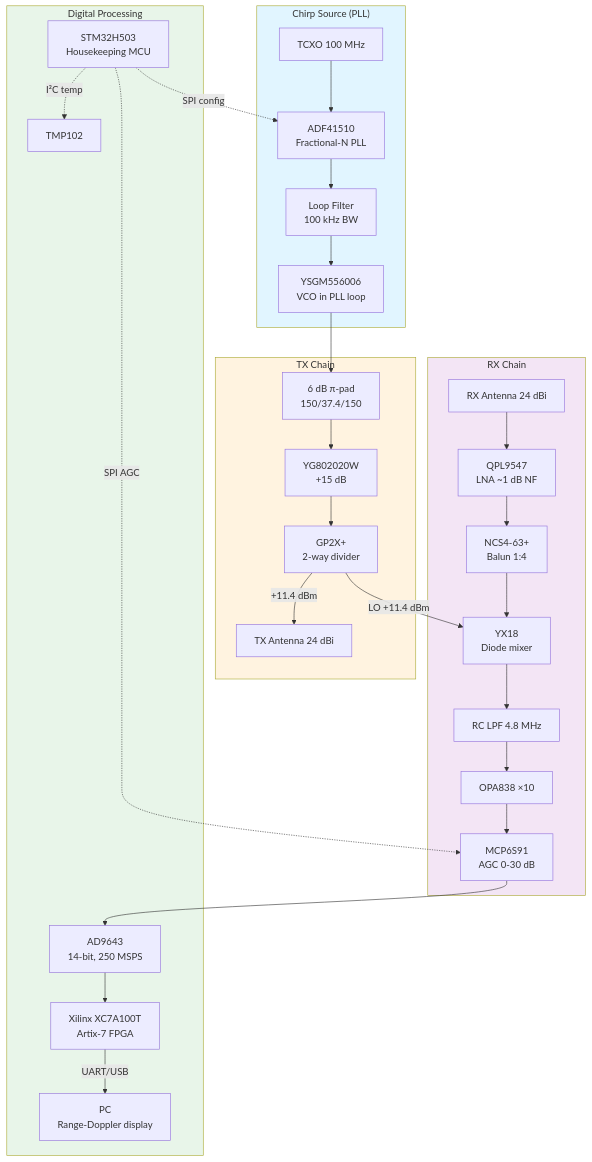
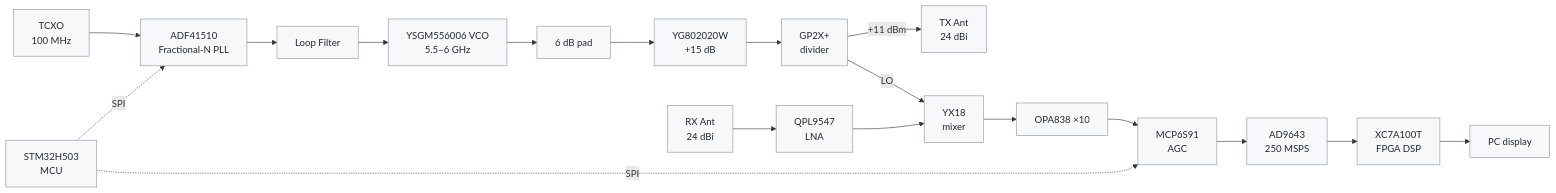
The diagram in PLAN.md (oliskcz/Lyrion-Radar), drawn with Mermaid before and after one commit. The commit also changed 1 other file, not shown here.

Commit message:
Improve System Overview diagram: use subtle GitHub-style colors (f6f8fa), linear left-to-right flow, no subgraphs, cleaner labels

````diff
--- a/PLAN.md
+++ b/PLAN.md
@@ -18,49 +18,52 @@
 ```mermaid
-graph TB
-    subgraph CHIRP["Chirp Source (PLL)"]
-        TCXO["TCXO 100 MHz"]
-        PLL["ADF41510<br/>Fractional-N PLL"]
-        LPF["Loop Filter<br/>100 kHz BW"]
-        VCO["YSGM556006<br/>VCO in PLL loop"]
-        TCXO --> PLL --> LPF --> VCO
-    end
+graph LR
+    %% Chirp Source
+    TCXO[TCXO<br/>100 MHz]
+    PLL[ADF41510<br/>Fractional-N PLL]
+    LPF[Loop Filter]
+    VCO[YSGM556006 VCO<br/>5.5–6 GHz]
 
-    subgraph TX["TX Chain"]
-        PAD["6 dB π-pad<br/>150/37.4/150"]
-        PA["YG802020W<br/>+15 dB"]
-        DIV["GP2X+<br/>2-way divider"]
-        TXANT["TX Antenna 24 dBi"]
-        VCO --> PAD --> PA --> DIV
-        DIV -->|+11.4 dBm| TXANT
-    end
+    %% TX Path
+    PAD[6 dB pad]
+    PA[YG802020W<br/>+15 dB]
+    DIV[GP2X+<br/>divider]
+    TXANT[TX Ant<br/>24 dBi]
 
-    subgraph RX["RX Chain"]
-        RXANT["RX Antenna 24 dBi"]
-        LNA["QPL9547<br/>LNA ~1 dB NF"]
-        BALUN["NCS4-63+<br/>Balun 1:4"]
-        MIXER["YX18<br/>Diode mixer"]
-        LPF2["RC LPF 4.8 MHz"]
-        IFAMP["OPA838 ×10"]
-        AGC["MCP6S91<br/>AGC 0-30 dB"]
-        RXANT --> LNA --> BALUN --> MIXER
-        DIV -->|LO +11.4 dBm| MIXER
-        MIXER --> LPF2 --> IFAMP --> AGC
-    end
+    %% RX Path
+    RXANT[RX Ant<br/>24 dBi]
+    LNA[QPL9547<br/>LNA]
+    MIXER[YX18<br/>mixer]
+    IFAMP[OPA838 ×10]
+    AGC[MCP6S91<br/>AGC]
 
-    subgraph DSP["Digital Processing"]
-        ADC["AD9643<br/>14-bit, 250 MSPS"]
-        FPGA["Xilinx XC7A100T<br/>Artix-7 FPGA"]
-        MCU["STM32H503<br/>Housekeeping MCU"]
-        PC["PC<br/>Range-Doppler display"]
-        AGC --> ADC --> FPGA
-        FPGA -->|UART/USB| PC
-        MCU -.->|SPI config| PLL
-        MCU -.->|SPI AGC| AGC
-        MCU -.->|I²C temp| TMP102["TMP102"]
-    end
+    %% Digital
+    ADC[AD9643<br/>250 MSPS]
+    FPGA[XC7A100T<br/>FPGA DSP]
+    MCU[STM32H503<br/>MCU]
+    PC[PC display]
 
-    style CHIRP fill:#e1f5ff
-    style TX fill:#fff3e0
-    style RX fill:#f3e5f5
-    style DSP fill:#e8f5e9
+    %% Chirp Source flow
+    TCXO --> PLL --> LPF --> VCO
+
+    %% TX flow
+    VCO --> PAD --> PA --> DIV
+    DIV -->|+11 dBm| TXANT
+    DIV -->|LO| MIXER
+
+    %% RX flow
+    RXANT --> LNA --> MIXER
+    MIXER --> IFAMP --> AGC --> ADC --> FPGA --> PC
+
+    %% MCU control
+    MCU -. SPI .-> PLL
+    MCU -. SPI .-> AGC
+
+    %% Subtle styling
+    classDef chirp fill:#f6f8fa,stroke:#8b949e,color:#24292f
+    classDef rf fill:#f6f8fa,stroke:#8b949e,color:#24292f
+    classDef digital fill:#f6f8fa,stroke:#8b949e,color:#24292f
+
+    class TCXO,PLL,LPF,VCO chirp
+    class PAD,PA,DIV,TXANT,RXANT,LNA,MIXER,IFAMP,AGC rf
+    class ADC,FPGA,MCU,PC digital
 ```
````
